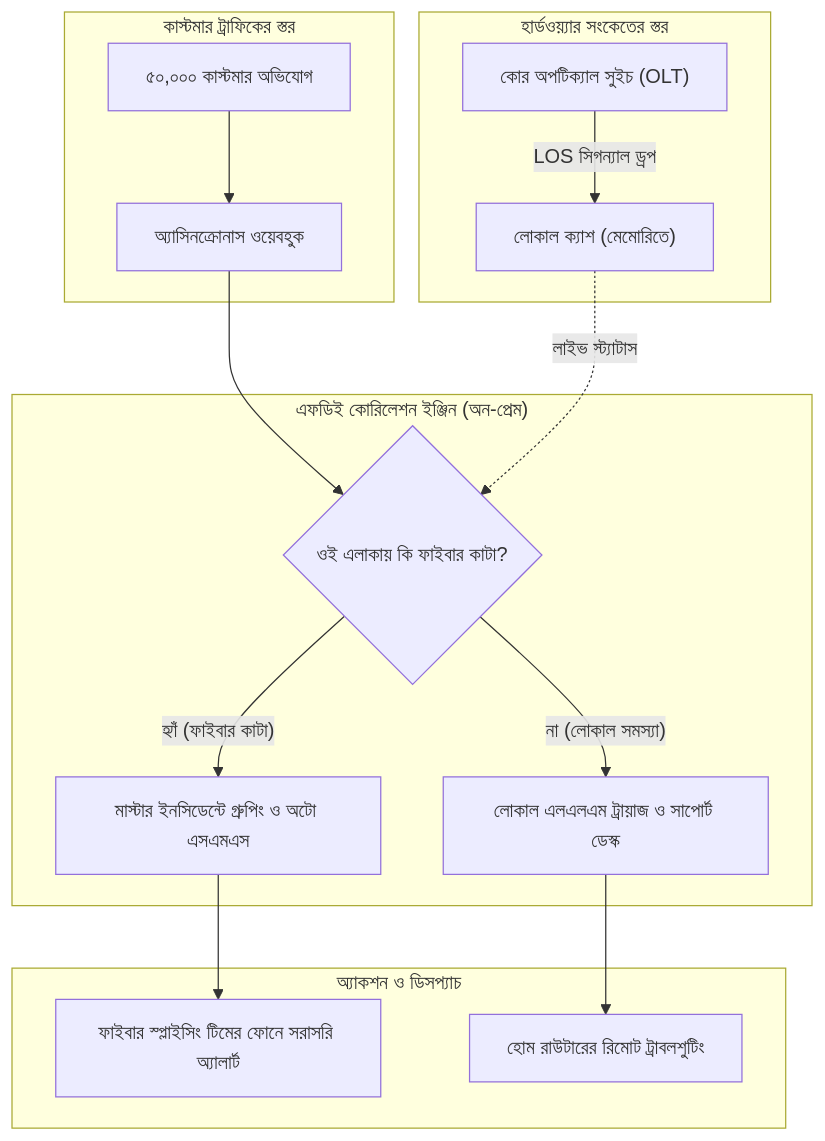
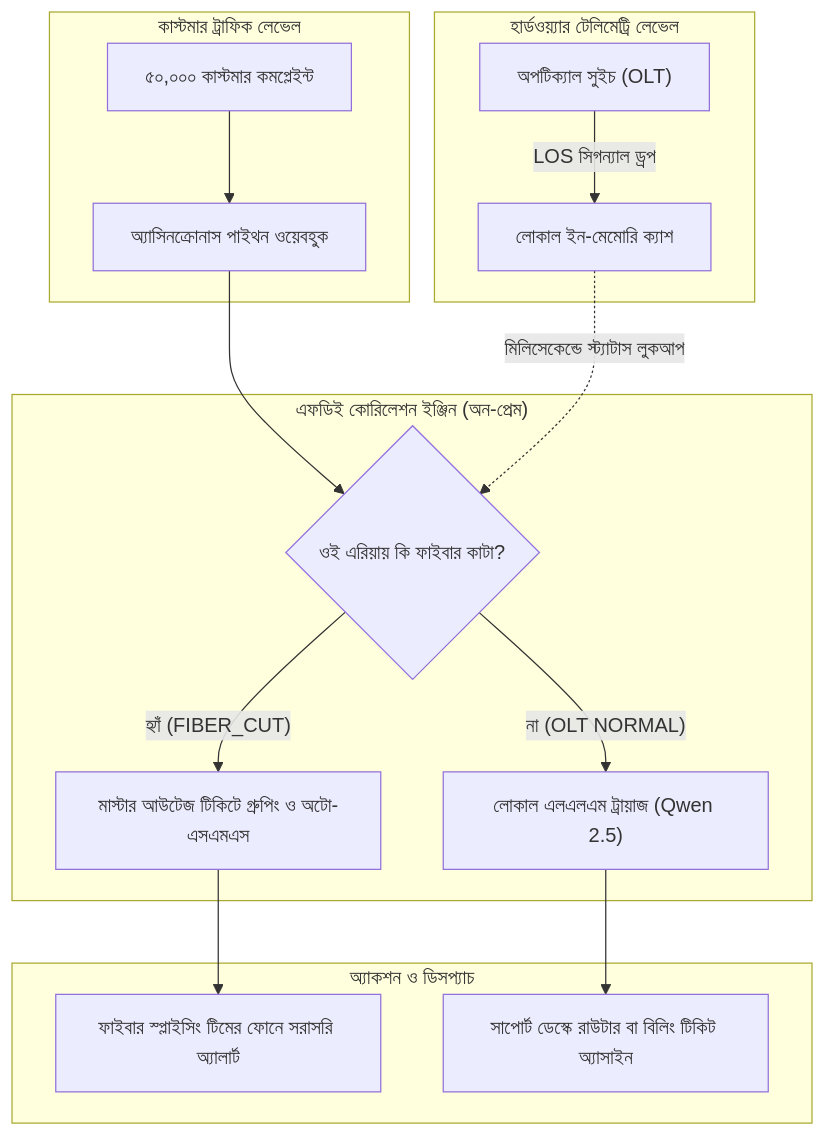
One commit to aiwithr/fde_book changed the first of 2 diagrams in docs/chapter-4/index.md. Above: the diagram before and after it, drawn with Mermaid. The commit also changed other lines of this file and 9 other files, not shown here.

````diff
--- a/docs/chapter-4/index.md
+++ b/docs/chapter-4/index.md
@@ -79,23 +58,23 @@
 ```mermaid
 flowchart TD
-    subgraph Telemetry["হার্ডওয়্যার সংকেতের স্তর"]
-        H1["কোর অপটিক্যাল সুইচ (OLT)"] -->|"LOS সিগন্যাল ড্রপ"| H2["লোকাল ক্যাশ (মেমোরিতে)"]
+    subgraph Telemetry["হার্ডওয়্যার টেলিমেট্রি লেভেল"]
+        H1["অপটিক্যাল সুইচ (OLT)"] -->|"LOS সিগন্যাল ড্রপ"| H2["লোকাল ইন-মেমোরি ক্যাশ"]
     end
 
-    subgraph Ingestion["কাস্টমার ট্রাফিকের স্তর"]
-        C1["৫০,০০০ কাস্টমার অভিযোগ"] --> C2["অ্যাসিনক্রোনাস ওয়েবহুক"]
+    subgraph Ingestion["কাস্টমার ট্রাফিক লেভেল"]
+        C1["৫০,০০০ কাস্টমার কমপ্লেইন্ট"] --> C2["অ্যাসিনক্রোনাস পাইথন ওয়েবহুক"]
     end
 
     subgraph CorrelationEngine["এফডিই কোরিলেশন ইঞ্জিন (অন-প্রেম)"]
-        C2 --> D1{"ওই এলাকায় কি ফাইবার কাটা?"}
-        H2 -.->|"লাইভ স্ট্যাটাস"| D1
+        C2 --> D1{"ওই এরিয়ায় কি ফাইবার কাটা?"}
+        H2 -.->|"মিলিসেকেন্ডে স্ট্যাটাস লুকআপ"| D1
 
-        D1 -- "হ্যাঁ (ফাইবার কাটা)" --> E1["মাস্টার ইনসিডেন্টে গ্রুপিং ও অটো এসএমএস"]
-        D1 -- "না (লোকাল সমস্যা)" --> E2["লোকাল এলএলএম ট্রায়াজ ও সাপোর্ট ডেস্ক"]
+        D1 -- "হ্যাঁ (FIBER_CUT)" --> E1["মাস্টার আউটেজ টিকিটে গ্রুপিং ও অটো-এসএমএস"]
+        D1 -- "না (OLT NORMAL)" --> E2["লোকাল এলএলএম ট্রায়াজ (Qwen 2.5)"]
     end
 
     subgraph Action["অ্যাকশন ও ডিসপ্যাচ"]
         E1 --> F1["ফাইবার স্প্লাইসিং টিমের ফোনে সরাসরি অ্যালার্ট"]
-        E2 --> F2["হোম রাউটারের রিমোট ট্রাবলশুটিং"]
+        E2 --> F2["সাপোর্ট ডেস্কে রাউটার বা বিলিং টিকিট অ্যাসাইন"]
     end
 ```
````
